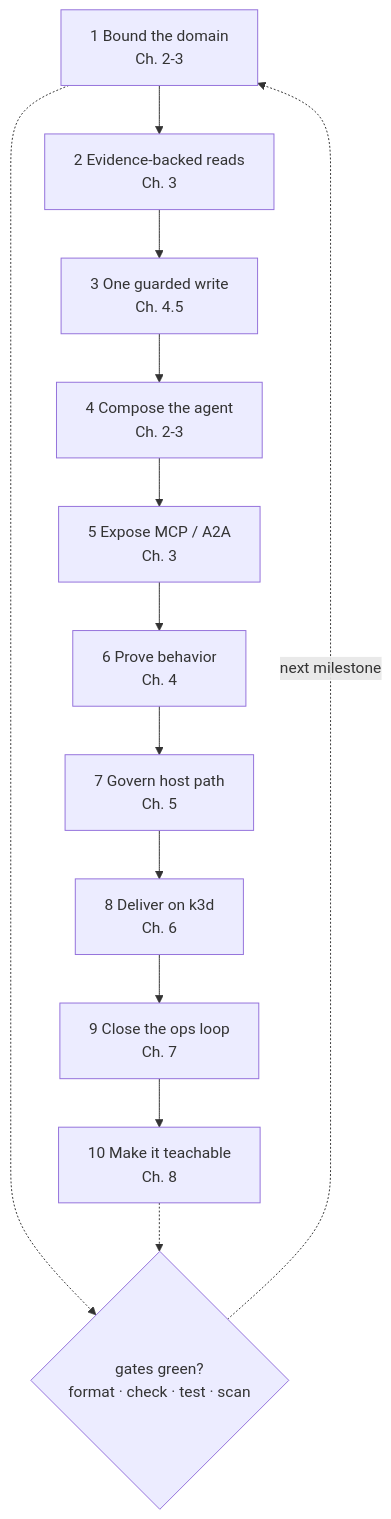
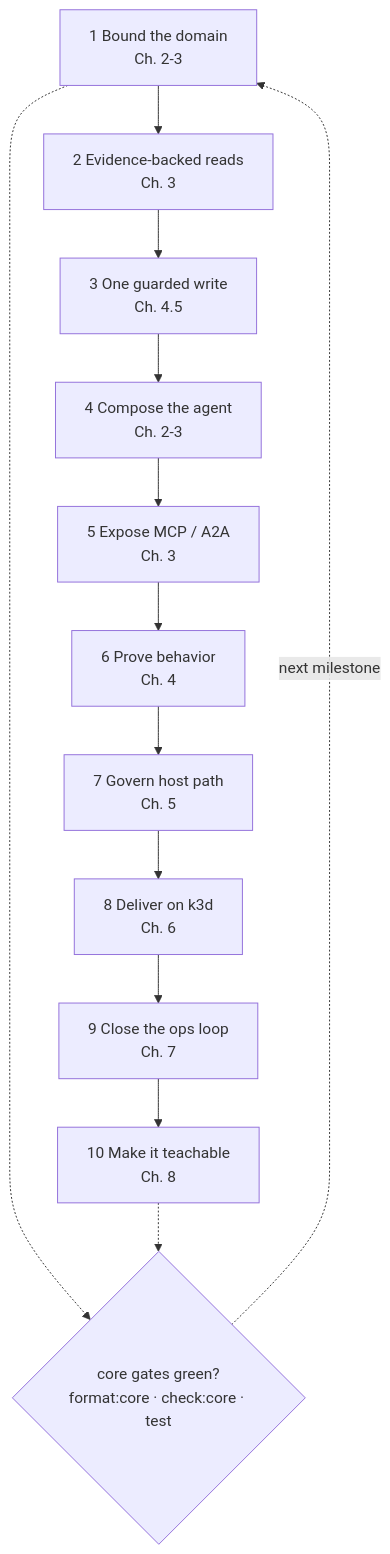
One commit to LuiGGi629/agentops-open-course changed the diagram in docs/8. Community/8.7. Capstone.md. Above: the diagram before and after it, drawn with Mermaid. The commit also changed other lines of this file and 121 other files, not shown here.

````diff
--- a/docs/8. Community/8.7. Capstone.md
+++ b/docs/8. Community/8.7. Capstone.md
@@ -128,16 +126,16 @@
 ```mermaid
 flowchart TD
     M1["1 Bound the domain<br/>Ch. 2-3"] --> M2["2 Evidence-backed reads<br/>Ch. 3"]
     M2 --> M3["3 One guarded write<br/>Ch. 4.5"]
     M3 --> M4["4 Compose the agent<br/>Ch. 2-3"]
     M4 --> M5["5 Expose MCP / A2A<br/>Ch. 3"]
     M5 --> M6["6 Prove behavior<br/>Ch. 4"]
     M6 --> M7["7 Govern host path<br/>Ch. 5"]
     M7 --> M8["8 Deliver on k3d<br/>Ch. 6"]
     M8 --> M9["9 Close the ops loop<br/>Ch. 7"]
     M9 --> M10["10 Make it teachable<br/>Ch. 8"]
-    Gate{"gates green?<br/>format · check · test · scan"}
+    Gate{"core gates green?<br/>format:core · check:core · test"}
     M1 -.-> Gate
     M10 -.-> Gate
     Gate -.next milestone.-> M1
 ```
````
